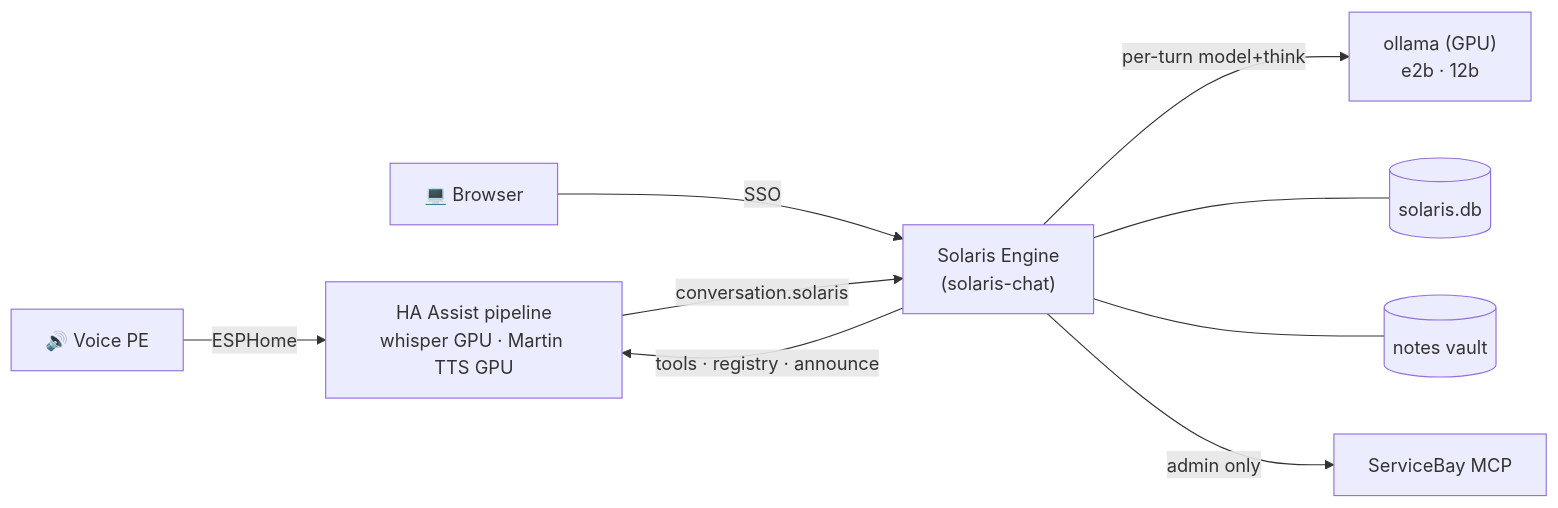
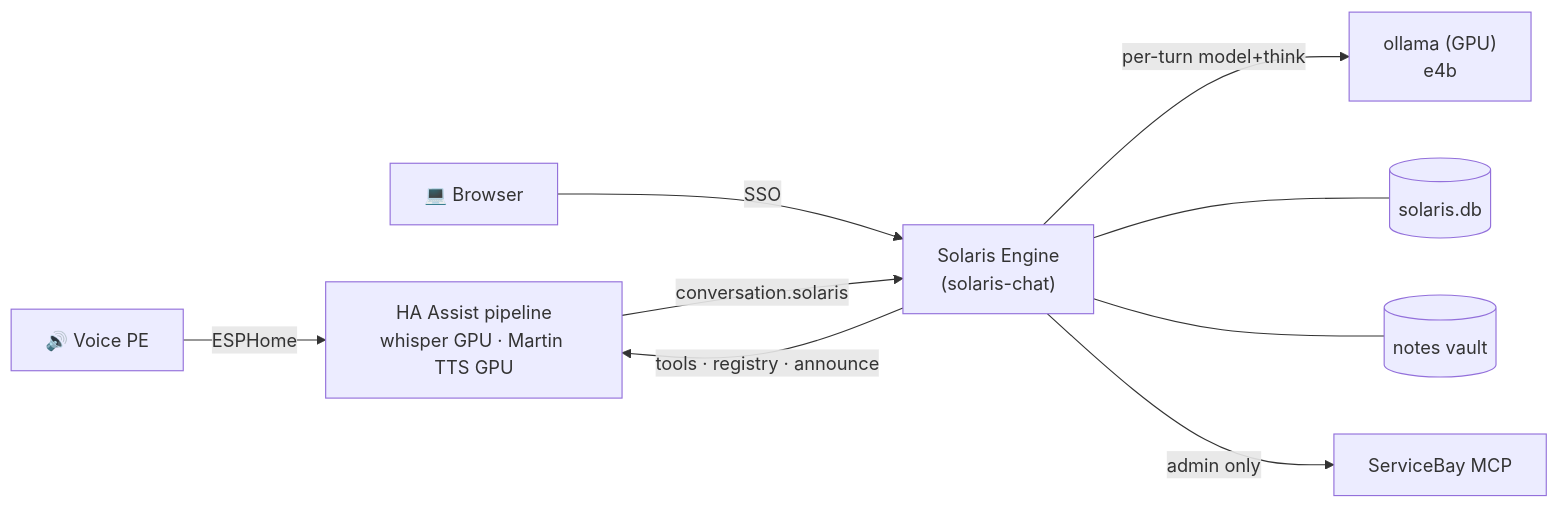
Before and after one commit to mdopp/oscar: the diagram in README.md, drawn with Mermaid. The commit also changed other lines of this file and 6 other files, not shown here.

````diff
--- a/README.md
+++ b/README.md
@@ -10,11 +10,11 @@
 ```mermaid
 flowchart LR
     PE["🔊 Voice PE"] -- ESPHome --> HA["HA Assist pipeline<br/>whisper GPU · Martin TTS GPU"]
     Browser["💻 Browser"] -- SSO --> Chat
     HA -- "conversation.solaris" --> Chat["Solaris Engine<br/>(solaris-chat)"]
-    Chat -- "per-turn model+think" --> Ollama["ollama (GPU)<br/>e2b · 12b"]
+    Chat -- "per-turn model+think" --> Ollama["ollama (GPU)<br/>e4b"]
     Chat -- "tools · registry · announce" --> HA
     Chat --- DB[("solaris.db")]
     Chat --- Notes[("notes vault")]
     Chat -- "admin only" --> SB["ServiceBay MCP"]
 ```
````
